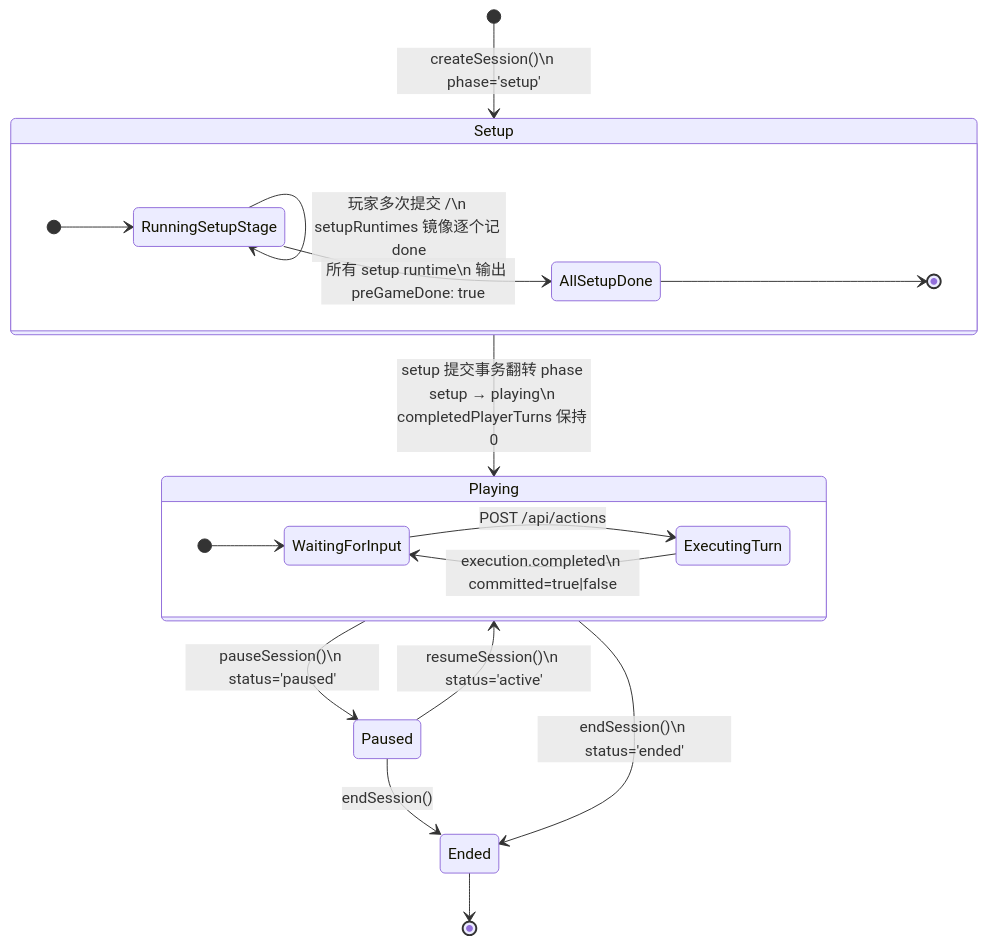
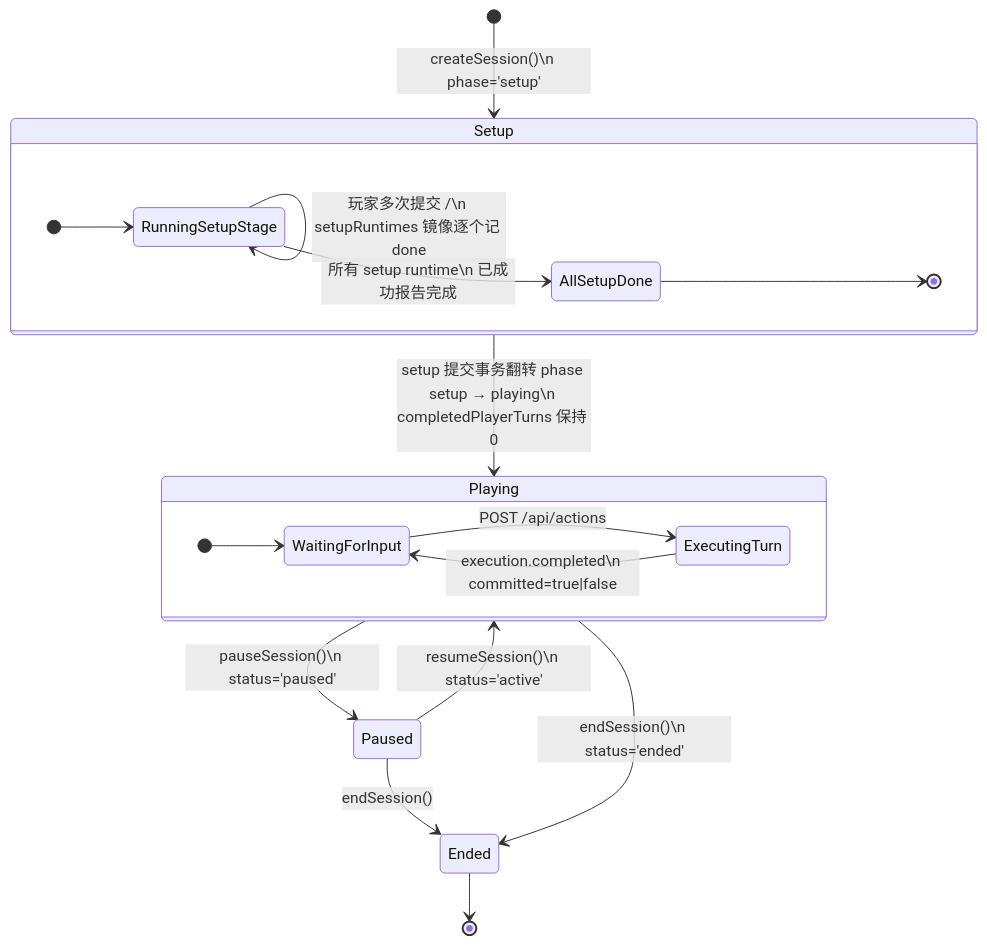
Before and after one commit to ackness/covel: the first of 4 diagrams in docs/architecture/flow.md, drawn with Mermaid. The commit also changed other lines of this file and 18 other files, not shown here.

````diff
--- a/docs/architecture/flow.md
+++ b/docs/architecture/flow.md
@@ -54,27 +54,27 @@
 ```mermaid
 stateDiagram-v2
     [*] --> Setup: createSession()\n phase='setup'
 
     state Setup {
         direction LR
         [*] --> RunningSetupStage
         RunningSetupStage --> RunningSetupStage: 玩家多次提交 /\n setupRuntimes 镜像逐个记 done
-        RunningSetupStage --> AllSetupDone: 所有 setup runtime\n 输出 preGameDone: true
+        RunningSetupStage --> AllSetupDone: 所有 setup runtime\n 已成功报告完成
         AllSetupDone --> [*]
     }
 
     Setup --> Playing: setup 提交事务翻转 phase setup → playing\n completedPlayerTurns 保持 0
 
     state Playing {
         direction LR
         [*] --> WaitingForInput
         WaitingForInput --> ExecutingTurn: POST /api/actions
         ExecutingTurn --> WaitingForInput: execution.completed\n committed=true|false
     }
 
     Playing --> Paused: pauseSession()\n status='paused'
     Paused --> Playing: resumeSession()\n status='active'
     Playing --> Ended: endSession()\n status='ended'
     Paused --> Ended: endSession()
     Ended --> [*]
 ```
````
